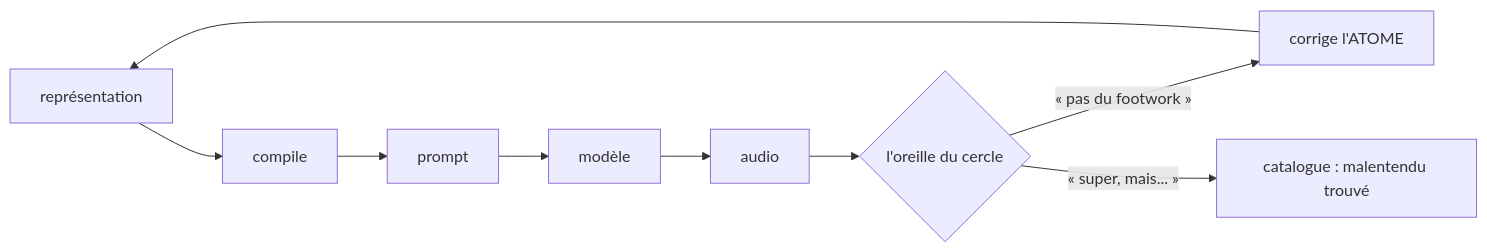
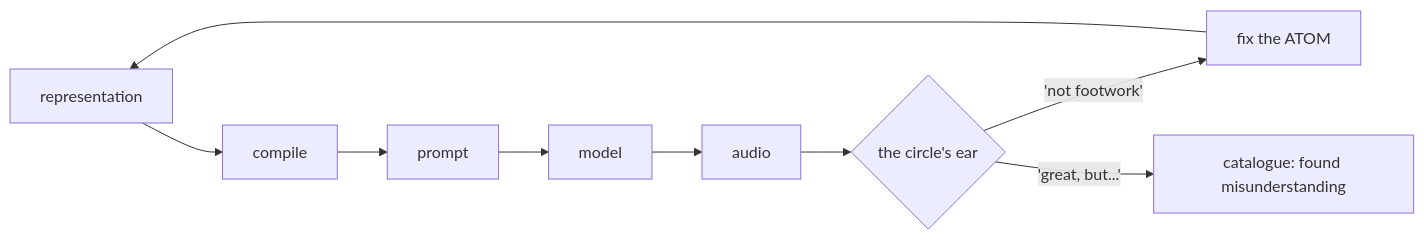
Before and after one commit to trivoallan/le-malentendu: the fourth of 5 diagrams in process/exemples-et-schemas.md, drawn with Mermaid. The commit also changed other lines of this file and 12 other files, not shown here.

````diff
--- a/process/exemples-et-schemas.md
+++ b/process/exemples-et-schemas.md
@@ -52,8 +55,8 @@
 ```mermaid
 flowchart LR
-  Rep["représentation"] --> Cmp["compile"] --> Pr["prompt"] --> Mod["modèle"] --> Au["audio"]
-  Au --> Ear{"l'oreille du cercle"}
-  Ear -- "« pas du footwork »" --> Fix["corrige l'ATOME"]
+  Rep["representation"] --> Cmp["compile"] --> Pr["prompt"] --> Mod["model"] --> Au["audio"]
+  Au --> Ear{"the circle's ear"}
+  Ear -- "'not footwork'" --> Fix["fix the ATOM"]
   Fix --> Rep
-  Ear -- "« super, mais... »" --> Cat["catalogue : malentendu trouvé"]
+  Ear -- "'great, but...'" --> Cat["catalogue: found misunderstanding"]
 ```
````
